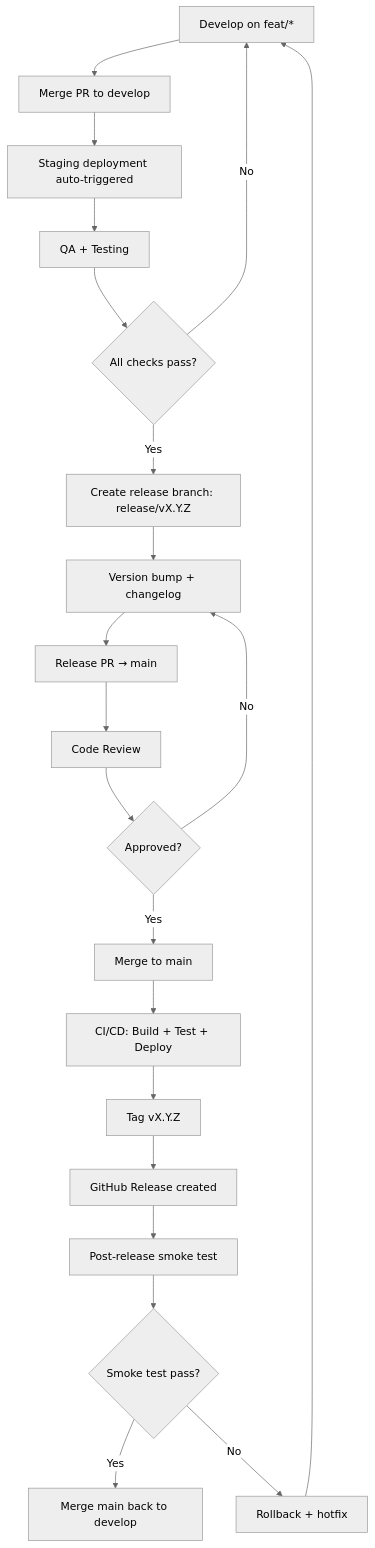
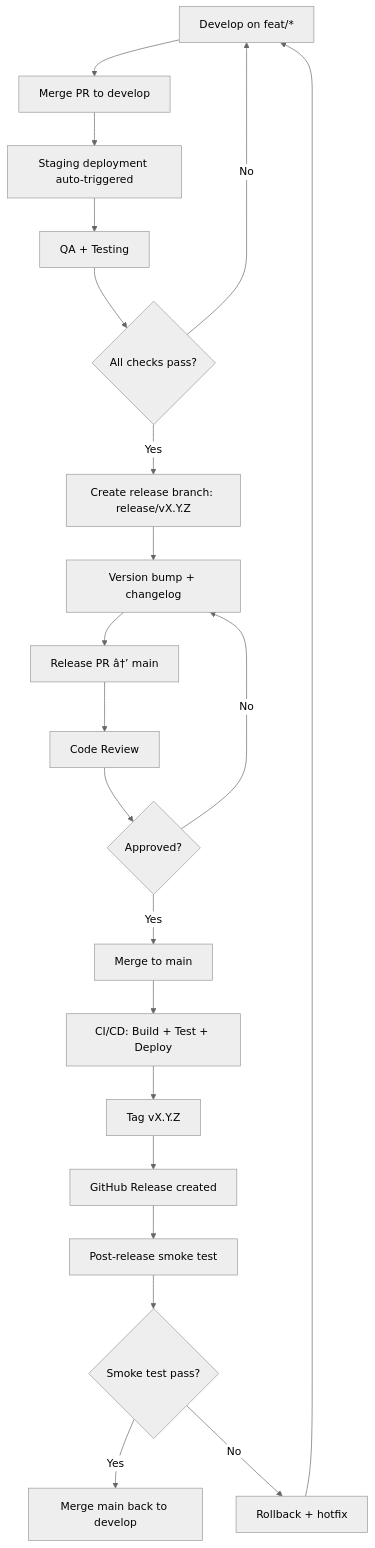
The first of 2 diagrams in docs/devops/38_ReleaseManagement.md (rohitkumarnaidu/ARIA-OS---SecondBrain-), drawn with Mermaid (neutral theme) before and after one commit. The commit also changed other lines of this file and 9 other files, not shown here.

````diff
--- a/docs/devops/38_ReleaseManagement.md
+++ b/docs/devops/38_ReleaseManagement.md
@@ -183,23 +183,23 @@
 ```mermaid
 graph TD
     A[Develop on feat/*] --> B[Merge PR to develop]
     B --> C[Staging deployment auto-triggered]
     C --> D[QA + Testing]
     D --> E{All checks pass?}
     E -->|Yes| F[Create release branch: release/vX.Y.Z]
     E -->|No| A
     F --> G[Version bump + changelog]
-    G --> H[Release PR → main]
+    G --> H[Release PR â†’ main]
     H --> I[Code Review]
     I --> J{Approved?}
     J -->|Yes| K[Merge to main]
     J -->|No| G
     K --> L[CI/CD: Build + Test + Deploy]
     L --> M[Tag vX.Y.Z]
     M --> N[GitHub Release created]
     N --> O[Post-release smoke test]
     O --> P{Smoke test pass?}
     P -->|Yes| Q[Merge main back to develop]
     P -->|No| R[Rollback + hotfix]
     R --> A
 ```
````
